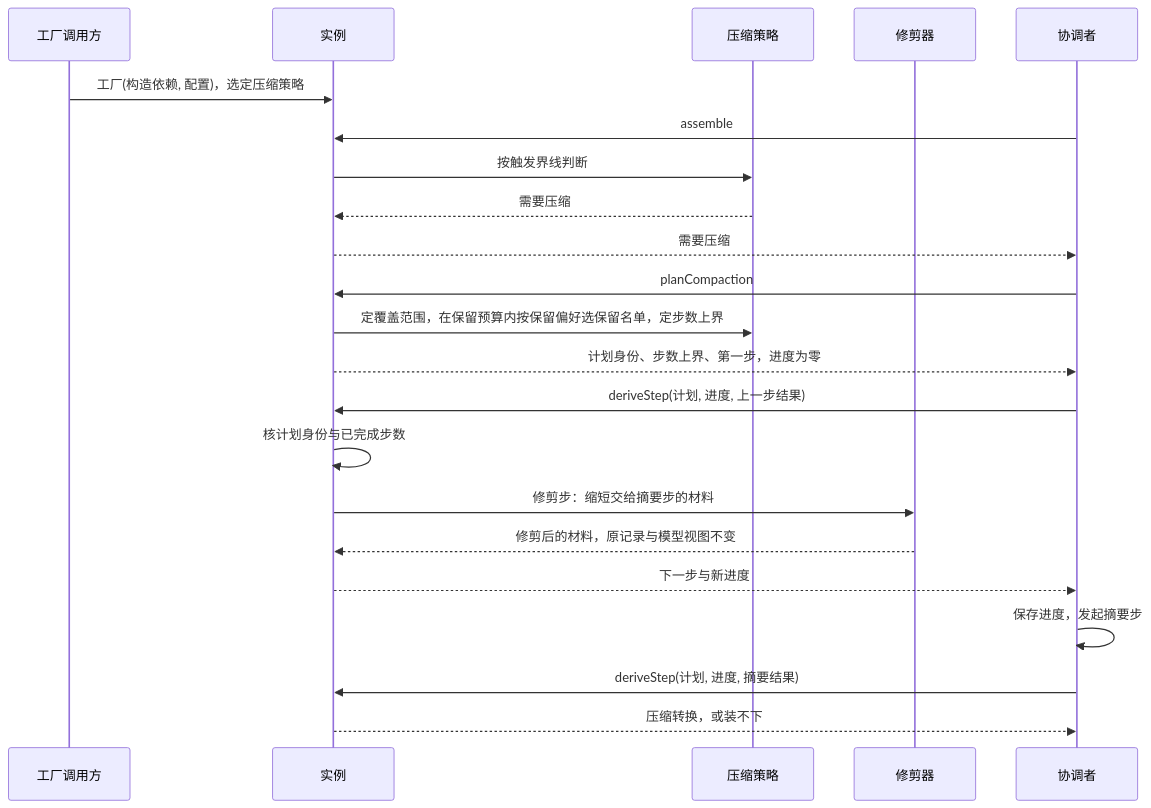
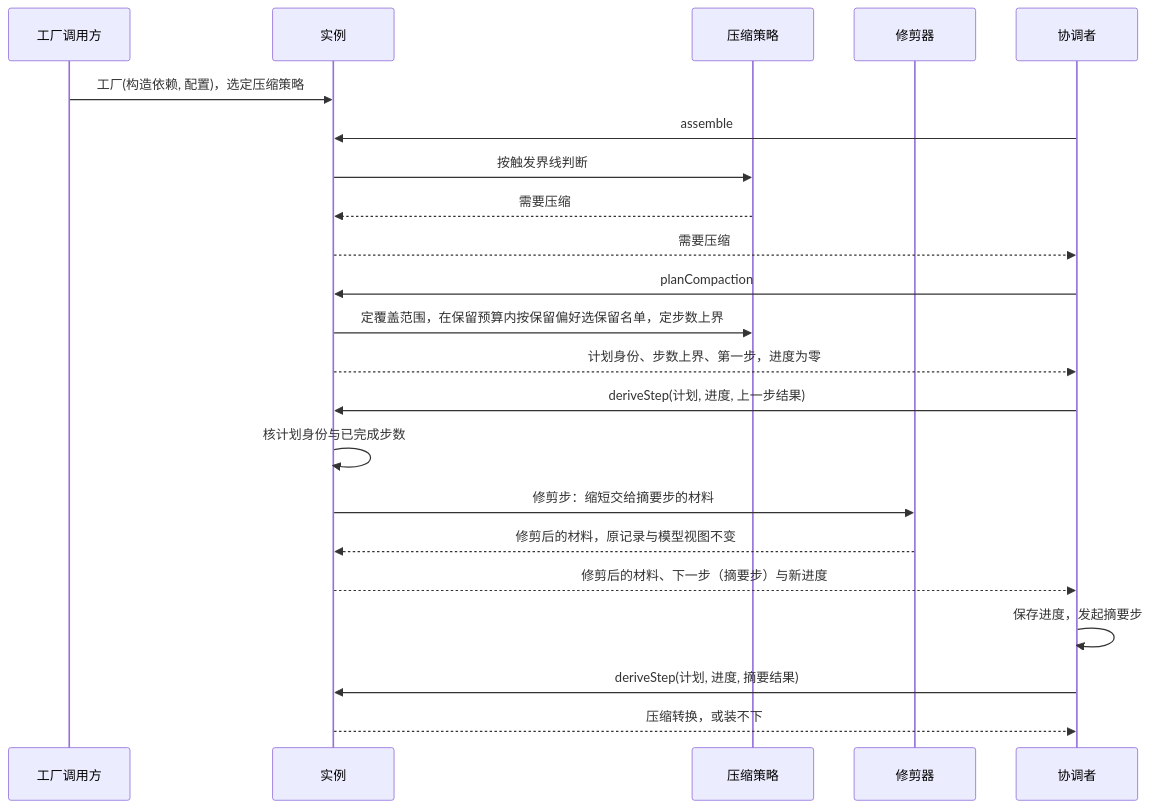
Before and after one commit to nemori-ai/omne-harness-lite: the third of 3 diagrams in packages/context/request-context/docs/flows.md, drawn with Mermaid. The commit also changed other lines of this file and 70 other files, not shown here.

````diff
--- a/packages/context/request-context/docs/flows.md
+++ b/packages/context/request-context/docs/flows.md
@@ -93,24 +93,24 @@
 ```mermaid
 sequenceDiagram
   participant F as 工厂调用方
   participant I as 实例
   participant S as 压缩策略
   participant T as 修剪器
   participant C as 协调者
   F->>I: 工厂(构造依赖, 配置)，选定压缩策略
   C->>I: assemble
   I->>S: 按触发界线判断
   S-->>I: 需要压缩
   I-->>C: 需要压缩
   C->>I: planCompaction
   I->>S: 定覆盖范围，在保留预算内按保留偏好选保留名单，定步数上界
   I-->>C: 计划身份、步数上界、第一步，进度为零
   C->>I: deriveStep(计划, 进度, 上一步结果)
   I->>I: 核计划身份与已完成步数
   I->>T: 修剪步：缩短交给摘要步的材料
   T-->>I: 修剪后的材料，原记录与模型视图不变
-  I-->>C: 下一步与新进度
+  I-->>C: 修剪后的材料、下一步（摘要步）与新进度
   C->>C: 保存进度，发起摘要步
   C->>I: deriveStep(计划, 进度, 摘要结果)
   I-->>C: 压缩转换，或装不下
 ```
````
